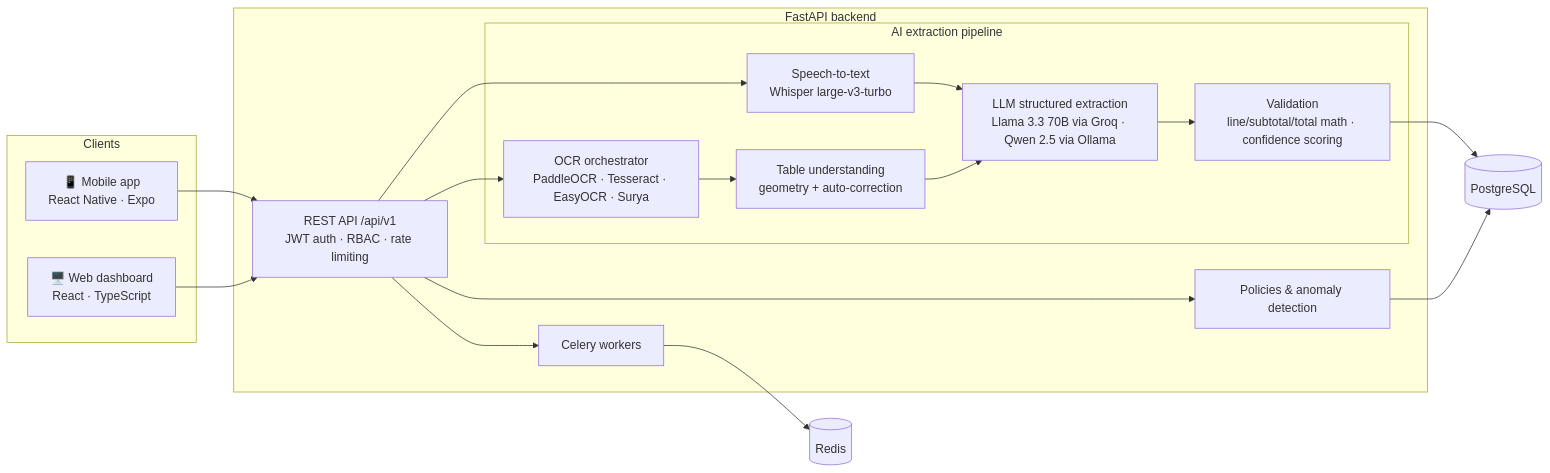
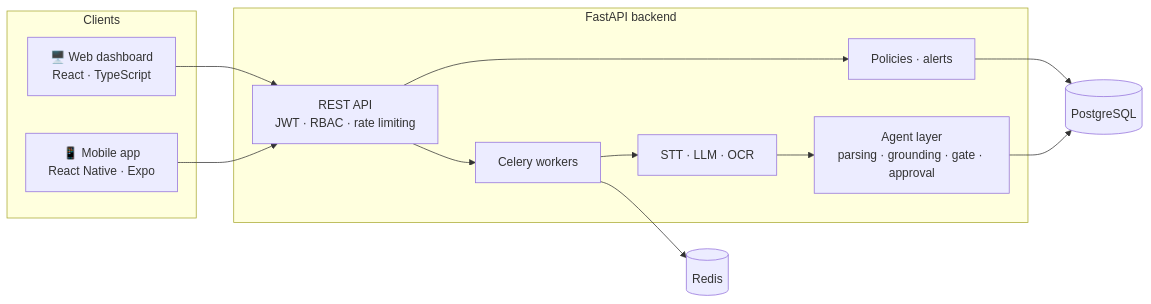
One commit to mouataz5/expensevoice-ai changed the second of 2 diagrams in README.md. Above: the diagram before and after it, drawn with Mermaid. The commit also changed other lines of this file, not shown here.

````diff
--- a/README.md
+++ b/README.md
@@ -32,31 +138,21 @@
 ```mermaid
 flowchart LR
     subgraph Clients
         M[📱 Mobile app<br/>React Native · Expo]
         W[🖥️ Web dashboard<br/>React · TypeScript]
     end
-
     subgraph Backend["FastAPI backend"]
-        API[REST API /api/v1<br/>JWT auth · RBAC · rate limiting]
-        subgraph AI["AI extraction pipeline"]
-            STT[Speech-to-text<br/>Whisper large-v3-turbo]
-            OCR[OCR orchestrator<br/>PaddleOCR · Tesseract · EasyOCR · Surya]
-            TAB[Table understanding<br/>geometry + auto-correction]
-            LLM[LLM structured extraction<br/>Llama 3.3 70B via Groq · Qwen 2.5 via Ollama]
-            VAL[Validation<br/>line/subtotal/total math · confidence scoring]
-        end
-        RULES[Policies & anomaly detection]
+        API[REST API<br/>JWT · RBAC · rate limiting]
+        AG[Agent layer<br/>parsing · grounding · gate · approval]
+        AI[STT · LLM · OCR]
+        RULES[Policies · alerts]
         WK[Celery workers]
     end
-
     DB[(PostgreSQL)]
     R[(Redis)]
-
     M --> API
     W --> API
-    API --> STT --> LLM
-    API --> OCR --> TAB --> LLM --> VAL
-    VAL --> DB
+    API --> WK --> AI --> AG --> DB
     API --> RULES --> DB
-    API --> WK --> R
+    WK --> R
 ```
````
